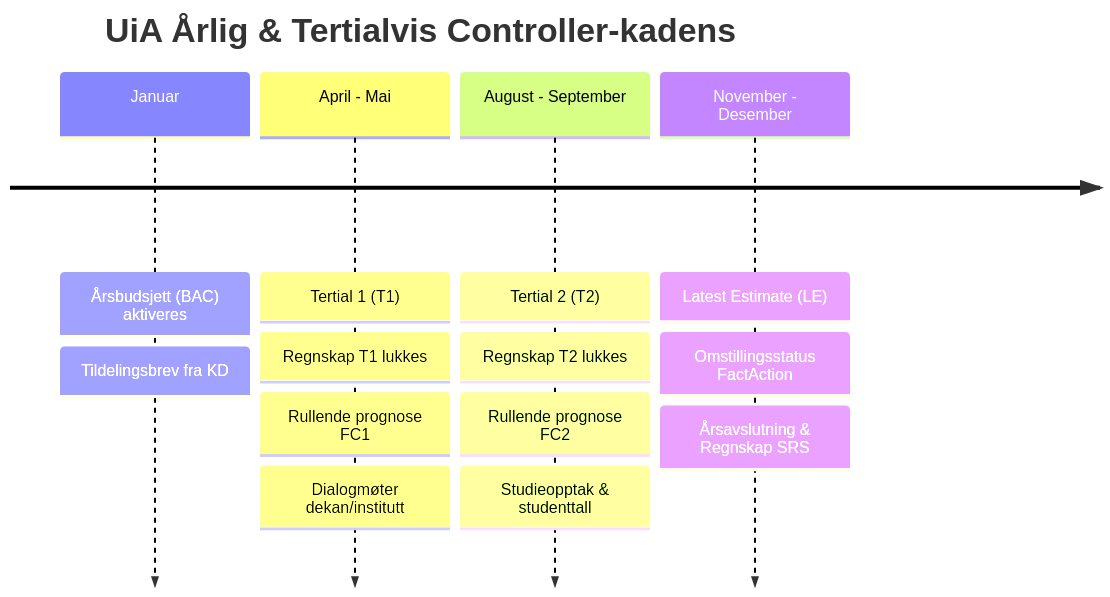
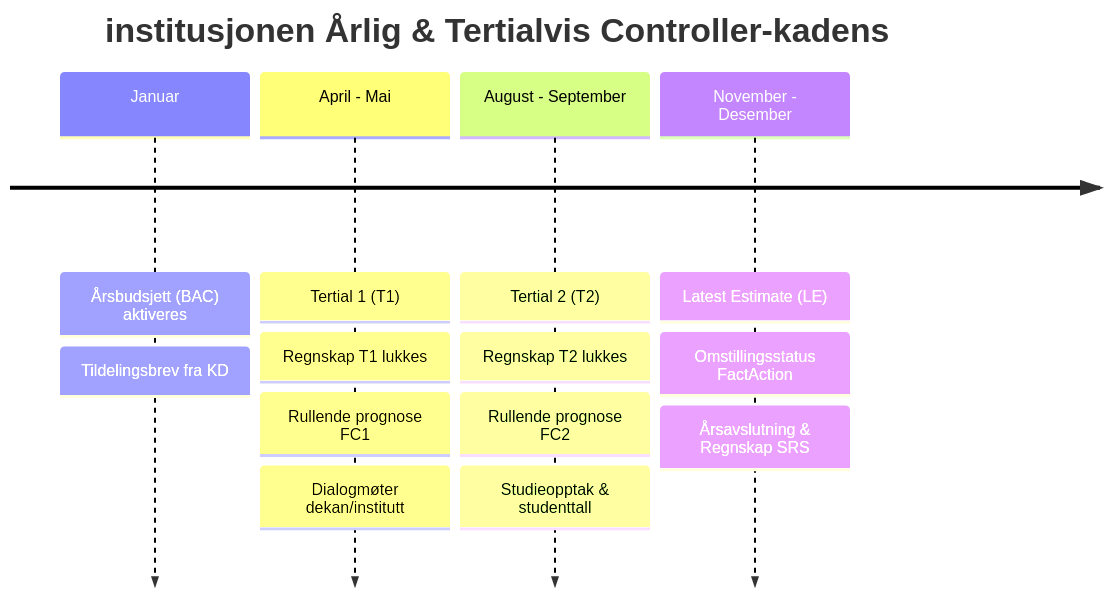
One commit to Frank-Ellingsen/pbi_statlig_regnskapsstandarder changed the third of 3 diagrams in README.md. Above: the diagram before and after it, drawn with Mermaid. The commit also changed other lines of this file and 102 other files, not shown here.

````diff
--- a/README.md
+++ b/README.md
@@ -371,8 +371,8 @@
 ```mermaid
 timeline
-    title UiA Årlig & Tertialvis Controller-kadens
+    title institusjonen Årlig & Tertialvis Controller-kadens
     Januar : Årsbudsjett (BAC) aktiveres : Tildelingsbrev fra KD
     April - Mai : Tertial 1 (T1) : Regnskap T1 lukkes : Rullende prognose FC1 : Dialogmøter dekan/institutt
     August - September : Tertial 2 (T2) : Regnskap T2 lukkes : Rullende prognose FC2 : Studieopptak & studenttall
     November - Desember : Latest Estimate (LE) : Omstillingsstatus FactAction : Årsavslutning & Regnskap SRS
 ```
````
